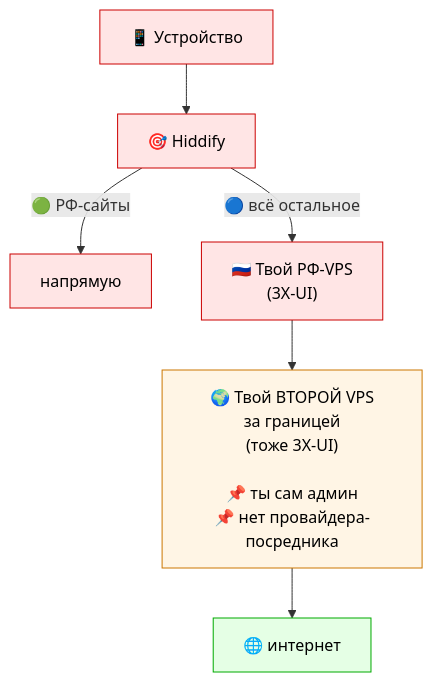
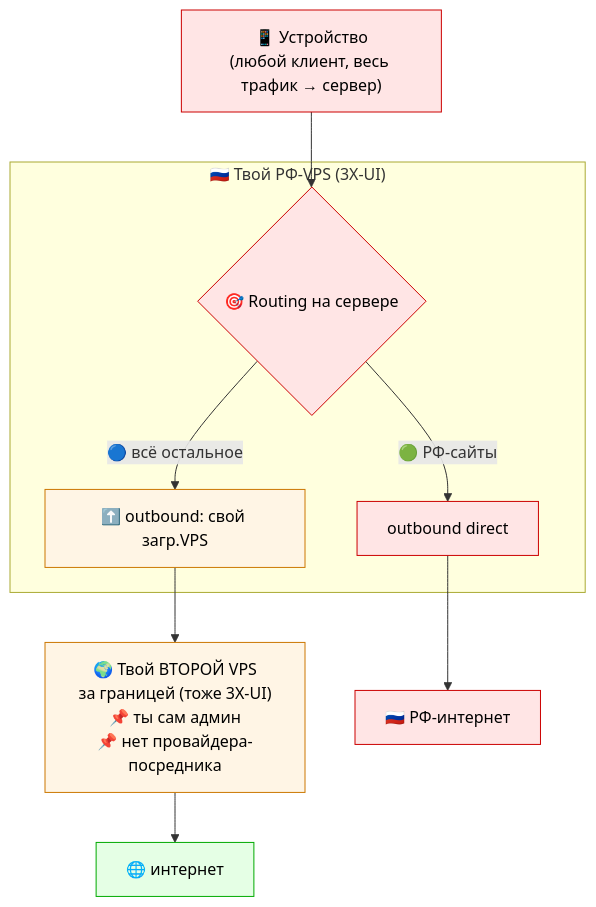
The fifth of 5 diagrams in .claude/knowledge/networking/_diagrams/vpn-architecture-student.md (vefmvai/sysadmin), drawn with Mermaid before and after one commit. The commit also changed other lines of this file and 6 other files, not shown here.

First line of the commit message:
refactor(knowledge): маршрутизация на сервере (3X-UI) как дефолт вместо client-side Hiddify

````diff
--- a/.claude/knowledge/networking/_diagrams/vpn-architecture-student.md
+++ b/.claude/knowledge/networking/_diagrams/vpn-architecture-student.md
@@ -179,22 +191,24 @@
 ```mermaid
 flowchart TD
-    Phone["📱 Устройство"]
-    Phone --> Hiddify["🎯 Hiddify"]
+    Phone["📱 Устройство<br/>(любой клиент, весь трафик → сервер)"]
+    Phone --> Router
 
-    Hiddify -->|"🟢 РФ-сайты"| Direct["напрямую"]
-    Hiddify -->|"🔵 всё остальное"| RuVPS
+    subgraph RuVPS["🇷🇺 Твой РФ-VPS (3X-UI)"]
+      Router{"🎯 Routing на сервере"}
+      Router -->|"🟢 РФ-сайты"| Direct["outbound direct"]
+      Router -->|"🔵 всё остальное"| ToForeign["⬆️ outbound: свой загр.VPS"]
+    end
 
-    RuVPS["🇷🇺 Твой РФ-VPS<br/>(3X-UI)"]
-
-    RuVPS --> MyForeignVPS["🌍 Твой ВТОРОЙ VPS<br/>за границей<br/>(тоже 3X-UI)<br/><br/>📌 ты сам админ<br/>📌 нет провайдера-посредника"]
+    ToForeign --> MyForeignVPS["🌍 Твой ВТОРОЙ VPS<br/>за границей (тоже 3X-UI)<br/>📌 ты сам админ<br/>📌 нет провайдера-посредника"]
 
     MyForeignVPS --> Net["🌐 интернет"]
+    Direct --> NetRu["🇷🇺 РФ-интернет"]
 
     classDef ru fill:#ffe5e5,stroke:#cc0000,color:#000
     classDef self fill:#fff5e5,stroke:#cc7700,color:#000
     classDef inet fill:#e5ffe5,stroke:#00aa00,color:#000
 
-    class Phone,Hiddify,RuVPS,Direct ru
-    class MyForeignVPS self
+    class Phone,Router,Direct,NetRu ru
+    class MyForeignVPS,ToForeign self
     class Net inet
 ```
````
